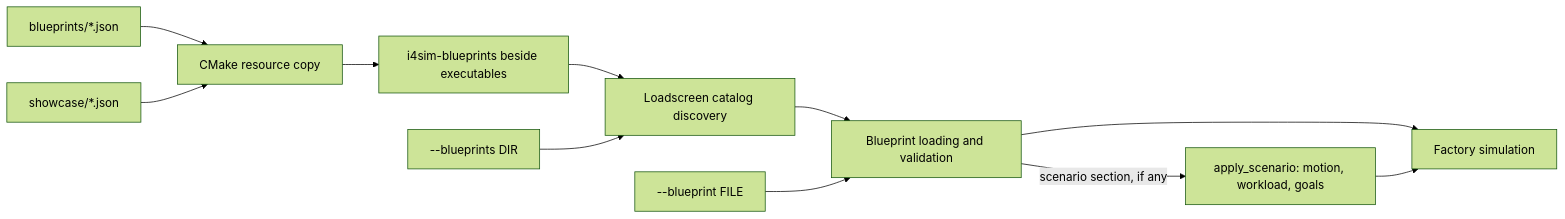
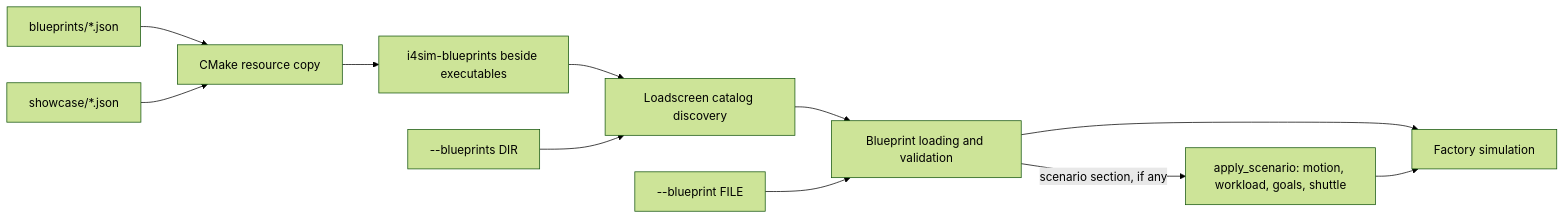
The diagram in labs/i4sim/blueprints/README.md (SMB-M87/Kinetra-Lab), drawn with Mermaid (forest theme) before and after one commit. The commit also changed other lines of this file and 5 other files, not shown here.

````diff
--- a/labs/i4sim/blueprints/README.md
+++ b/labs/i4sim/blueprints/README.md
@@ -15,13 +15,13 @@
 ```mermaid
 flowchart LR
     Source["blueprints/*.json"] --> Copy["CMake resource copy"]
     Copy --> Adjacent["i4sim-blueprints beside executables"]
     Adjacent --> Catalog["Loadscreen catalog discovery"]
     Showcase["showcase/*.json"] --> Copy
     Custom["--blueprints DIR"] --> Catalog
     Catalog --> Loader["Blueprint loading and validation"]
     Direct["--blueprint FILE"] --> Loader
     Loader --> Sim["Factory simulation"]
-    Loader -->|"scenario section, if any"| Setup["apply_scenario: motion, workload, goals"]
+    Loader -->|"scenario section, if any"| Setup["apply_scenario: motion, workload, goals, shuttle"]
     Setup --> Sim
 ```
````
